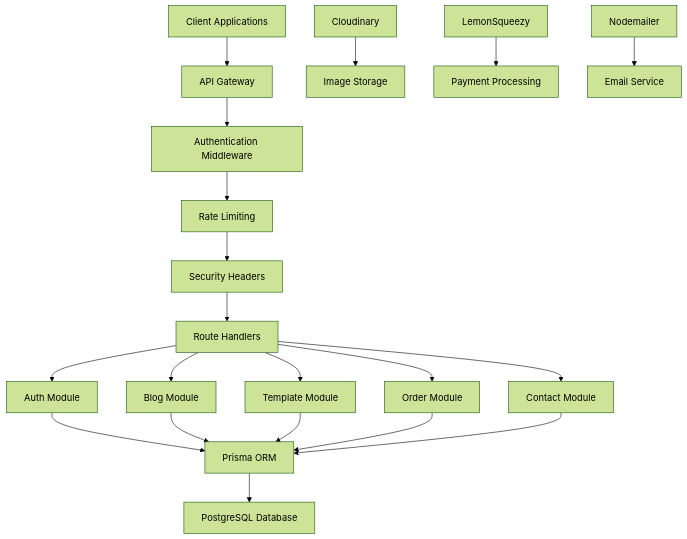
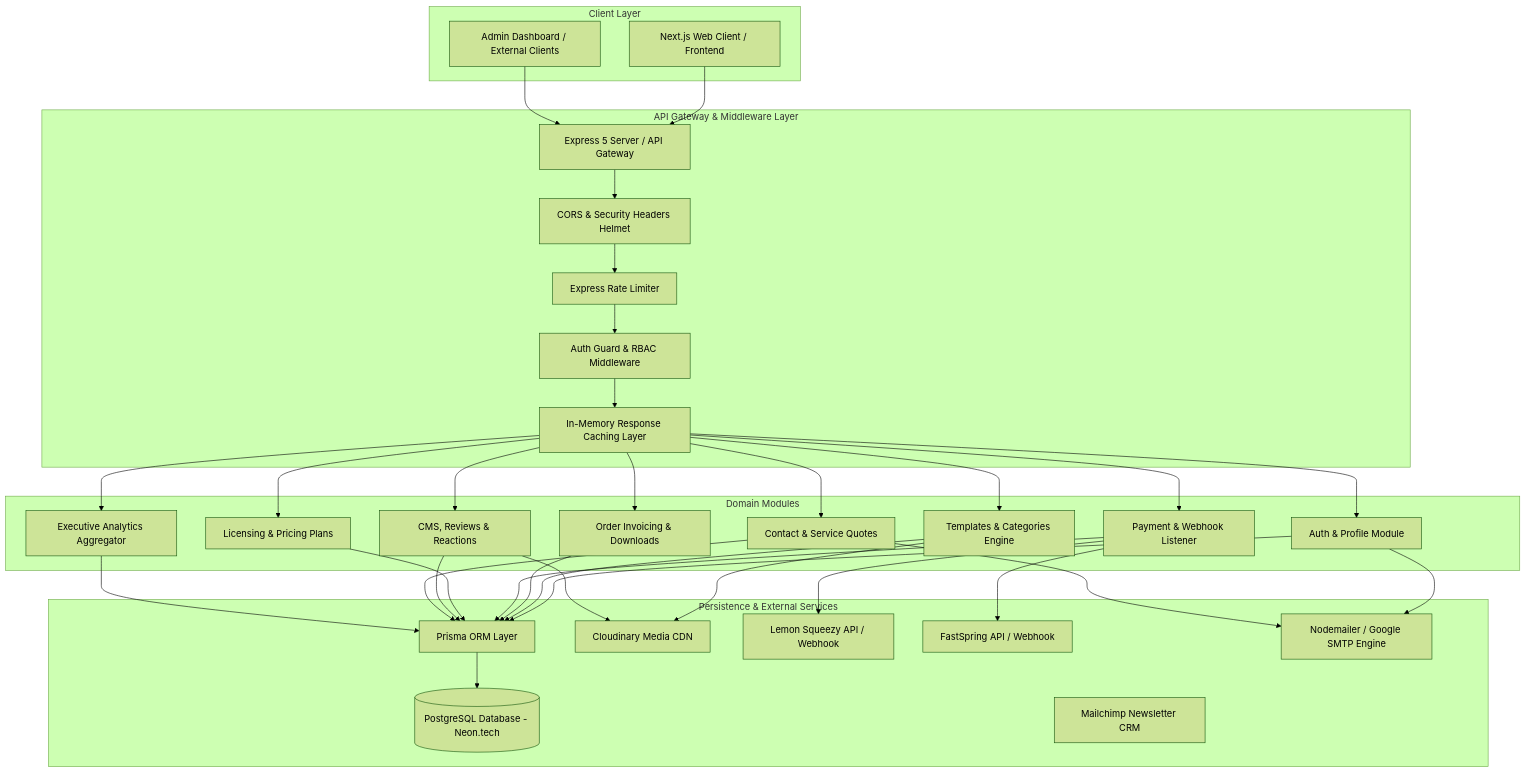
One commit to parvejme24/Themora_Backend changed the diagram in README.md. Above: the diagram before and after it, drawn with Mermaid (forest theme). The commit also changed other lines of this file, not shown here.

````diff
--- a/README.md
+++ b/README.md
@@ -84,26 +39,60 @@
 ```mermaid
 graph TB
-    A[Client Applications] --> B[API Gateway]
-    B --> C[Authentication Middleware]
-    C --> D[Rate Limiting]
-    D --> E[Security Headers]
-    E --> F[Route Handlers]
+    subgraph Client Layer
+        WebClient[Next.js Web Client / Frontend]
+        MobileClient[Admin Dashboard / External Clients]
+    end
 
-    F --> G[Auth Module]
-    F --> H[Blog Module]
-    F --> I[Template Module]
-    F --> J[Order Module]
-    F --> K[Contact Module]
+    subgraph API Gateway & Middleware Layer
+        App[Express 5 Server / API Gateway]
+        CORS[CORS & Security Headers Helmet]
+        RateLimit[Express Rate Limiter]
+        AuthGuard[Auth Guard & RBAC Middleware]
+        Cache[In-Memory Response Caching Layer]
+    end
 
-    G --> L[Prisma ORM]
-    H --> L
-    I --> L
-    J --> L
-    K --> L
+    subgraph Domain Modules
+        AuthMod[Auth & Profile Module]
+        TemplateMod[Templates & Categories Engine]
+        OrderMod[Order Invoicing & Downloads]
+        PaymentMod[Payment & Webhook Listener]
+        PricingMod[Licensing & Pricing Plans]
+        BlogMod[CMS, Reviews & Reactions]
+        ContactMod[Contact & Service Quotes]
+        DashboardMod[Executive Analytics Aggregator]
+    end
 
-    L --> M[PostgreSQL Database]
+    subgraph Persistence & External Services
+        Prisma[Prisma ORM Layer]
+        NeonDB[(PostgreSQL Database - Neon.tech)]
+        Cloudinary[Cloudinary Media CDN]
+        Lemon[Lemon Squeezy API / Webhook]
+        FastSpring[FastSpring API / Webhook]
+        SMTP[Nodemailer / Google SMTP Engine]
+        Mailchimp[Mailchimp Newsletter CRM]
+    end
 
-    N[Cloudinary] --> O[Image Storage]
-    P[LemonSqueezy] --> Q[Payment Processing]
-    R[Nodemailer] --> S[Email Service]
+    WebClient --> App
+    MobileClient --> App
+
+    App --> CORS --> RateLimit --> AuthGuard --> Cache
+
+    Cache --> AuthMod
+    Cache --> TemplateMod
+    Cache --> OrderMod
+    Cache --> PaymentMod
+    Cache --> PricingMod
+    Cache --> BlogMod
+    Cache --> ContactMod
+    Cache --> DashboardMod
+
+    AuthMod & TemplateMod & OrderMod & PaymentMod & PricingMod & BlogMod & ContactMod & DashboardMod --> Prisma
+    Prisma --> NeonDB
+
+    AuthMod --> SMTP
+    TemplateMod --> Cloudinary
+    BlogMod --> Cloudinary
+    PaymentMod --> Lemon
+    PaymentMod --> FastSpring
+    ContactMod --> SMTP
 ```
````
